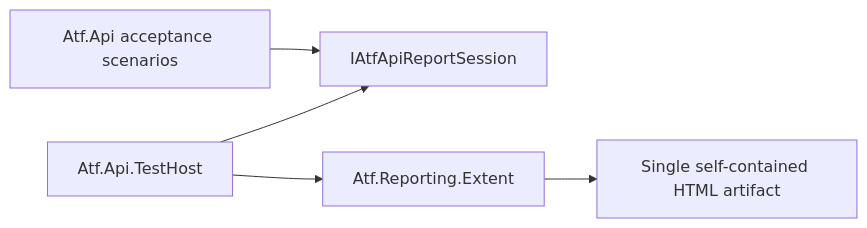
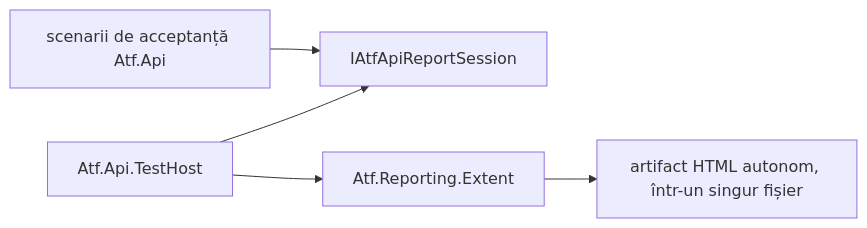
Before and after one commit to crististefanita/CS1: the diagram in Atf.Api.TestHost/README.md, drawn with Mermaid. The commit also changed other lines of this file and 1 other file, not shown here.

Commit message:
Refresh module README documentation

````diff
--- a/Atf.Api.TestHost/README.md
+++ b/Atf.Api.TestHost/README.md
@@ -21,7 +21,7 @@
 ```mermaid
 flowchart LR
-    Api[Atf.Api acceptance scenarios] --> Port[IAtfApiReportSession]
+    Api[scenarii de acceptanță Atf.Api] --> Port[IAtfApiReportSession]
     Host[Atf.Api.TestHost] --> Port
     Host --> Extent[Atf.Reporting.Extent]
-    Extent --> Html[Single self-contained HTML artifact]
+    Extent --> Html[artifact HTML autonom, într-un singur fișier]
 ```
````
